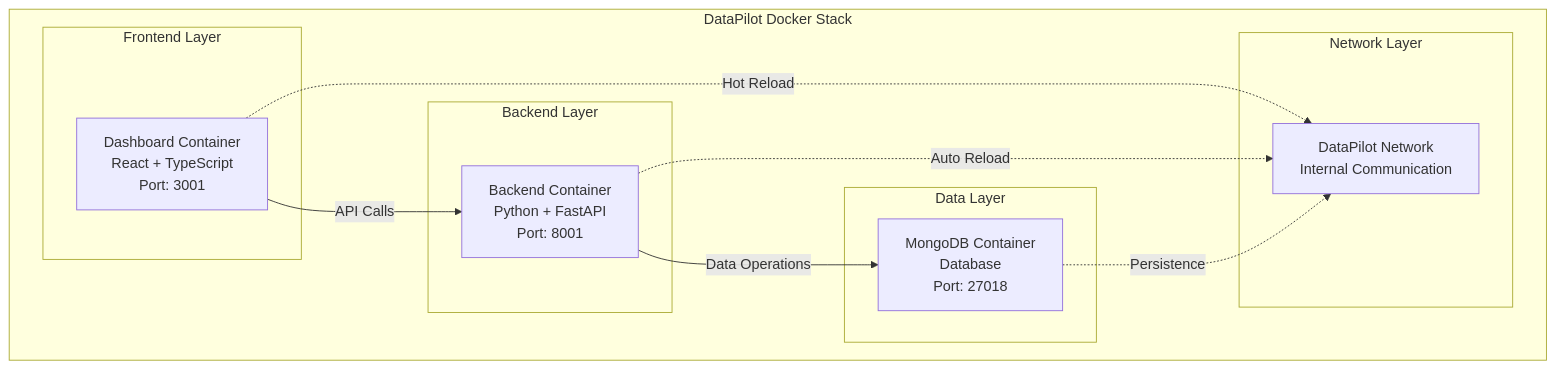
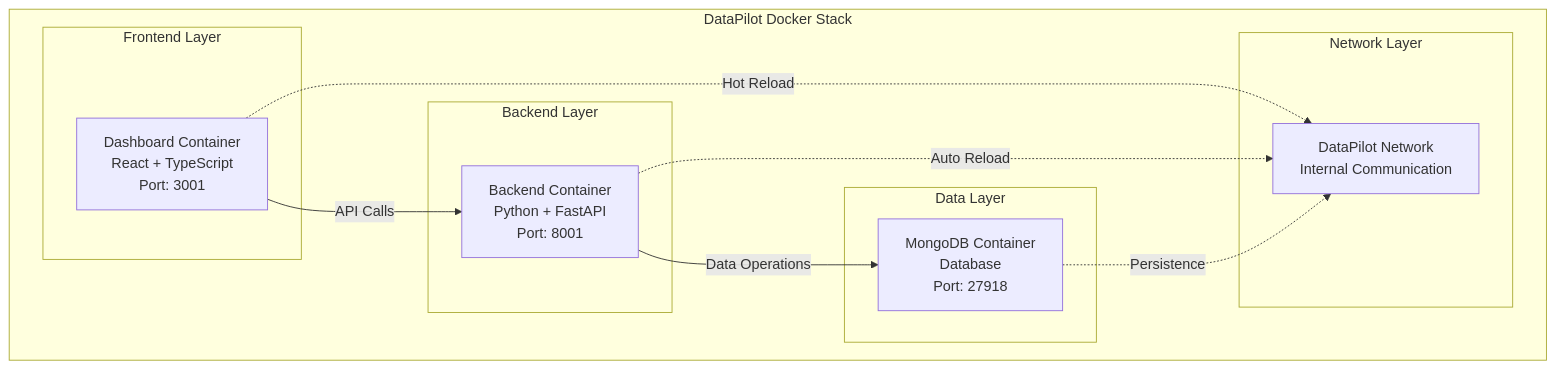
Before and after one commit to bassem-elsodany/datapilot: the diagram in docker/README.md, drawn with Mermaid. The commit also changed other lines of this file and 5 other files, not shown here.

````diff
--- a/docker/README.md
+++ b/docker/README.md
@@ -20,26 +20,26 @@
 ```mermaid
 graph TB
     subgraph "DataPilot Docker Stack"
         subgraph "Frontend Layer"
             D[Dashboard Container<br/>React + TypeScript<br/>Port: 3001]
         end
         
         subgraph "Backend Layer"
             B[Backend Container<br/>Python + FastAPI<br/>Port: 8001]
         end
         
         subgraph "Data Layer"
-            M[MongoDB Container<br/>Database<br/>Port: 27018]
+            M[MongoDB Container<br/>Database<br/>Port: 27918]
         end
         
         subgraph "Network Layer"
             N[DataPilot Network<br/>Internal Communication]
         end
     end
     
     D -->|API Calls| B
     B -->|Data Operations| M
     D -.->|Hot Reload| N
     B -.->|Auto Reload| N
     M -.->|Persistence| N
 ```
````
